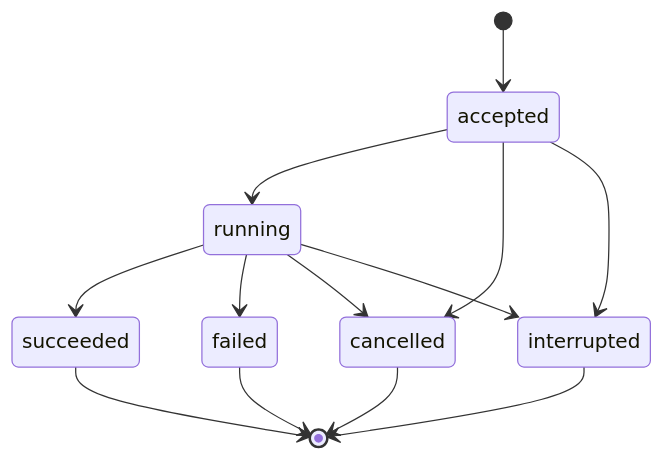
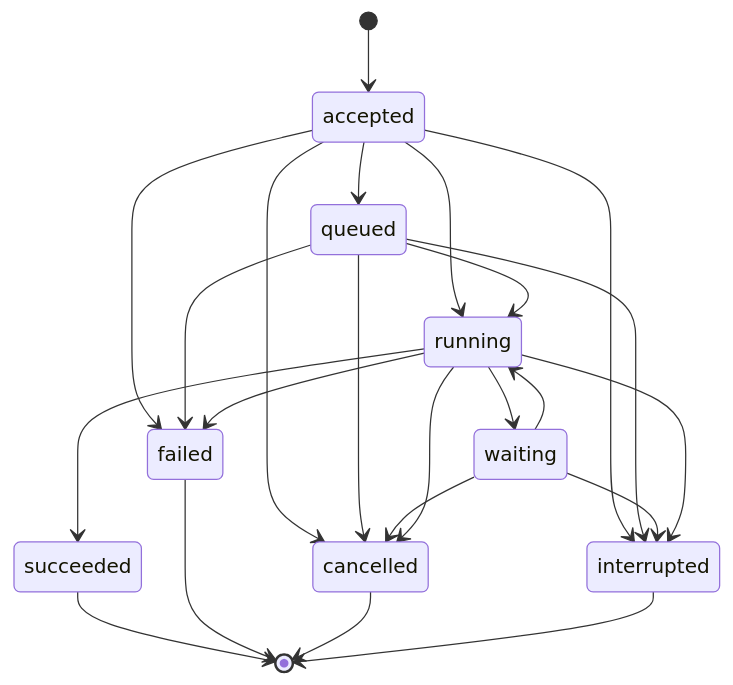
One commit to LTThreeComma/agent-foundation changed the third of 5 diagrams in spec/agent-ui/05-runtime-subagents-and-surfaces.md. Above: the diagram before and after it, drawn with Mermaid. The commit also changed other lines of this file and 48 other files, not shown here.

````diff
--- a/spec/agent-ui/05-runtime-subagents-and-surfaces.md
+++ b/spec/agent-ui/05-runtime-subagents-and-surfaces.md
@@ -224,16 +244,26 @@
 ```mermaid
 stateDiagram-v2
     [*] --> accepted
+    accepted --> queued
     accepted --> running
+    accepted --> failed
     accepted --> cancelled
     accepted --> interrupted
+    queued --> running
+    queued --> failed
+    queued --> cancelled
+    queued --> interrupted
+    running --> waiting
+    waiting --> running
+    waiting --> cancelled
+    waiting --> interrupted
     running --> succeeded
     running --> failed
     running --> cancelled
     running --> interrupted
 
     succeeded --> [*]
     failed --> [*]
     cancelled --> [*]
     interrupted --> [*]
 ```
````
